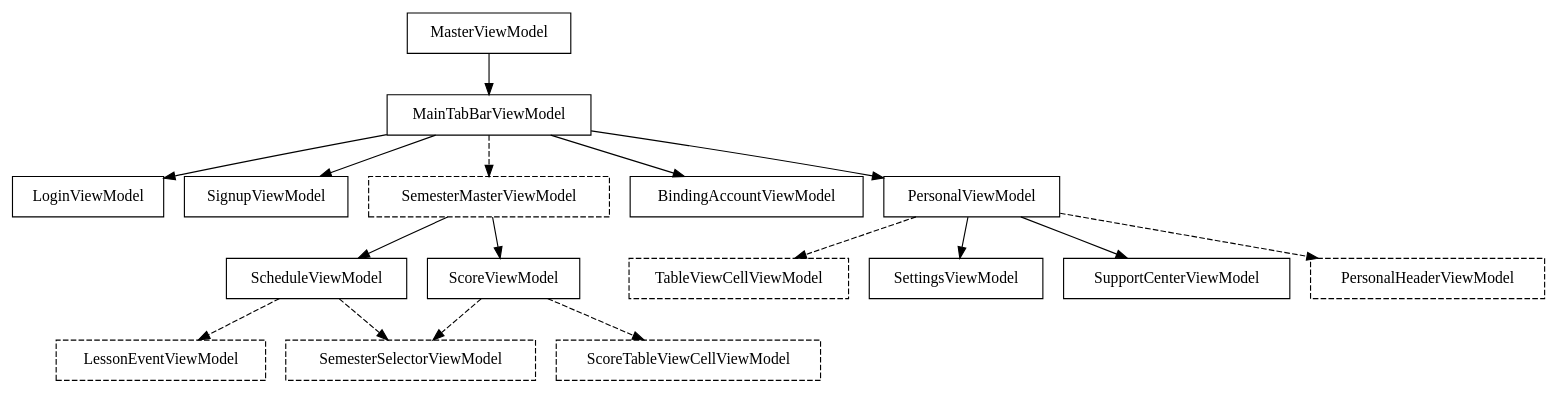
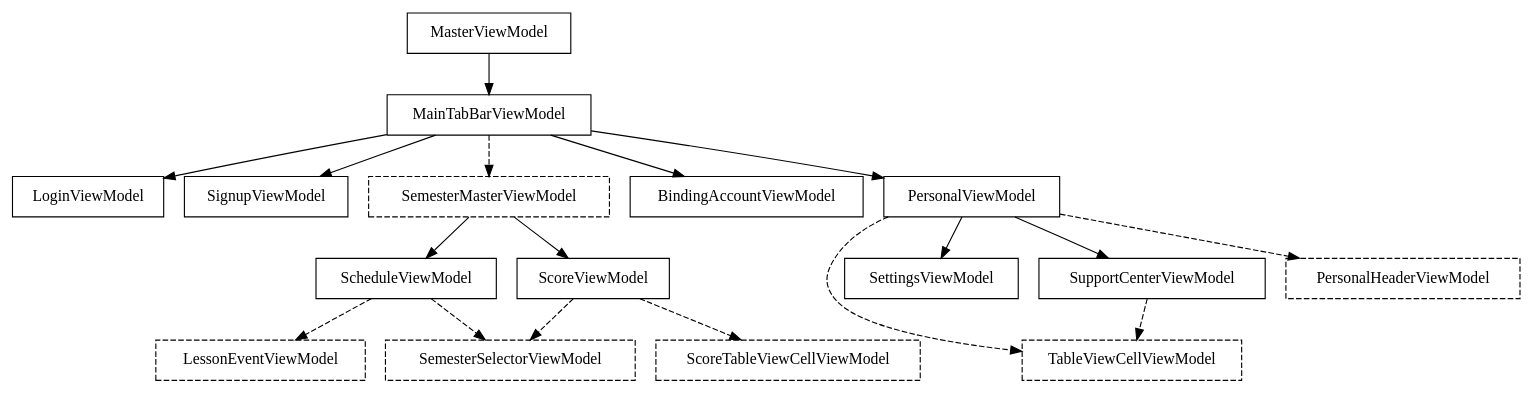
One commit to ty0x2333/XujcClient-iOS changed the diagram in Graphviz/ViewModel.dot. Above: the diagram before and after it, drawn with Graphviz.

Commit message:
M Graphviz VIewModel

```diff
--- a/Graphviz/ViewModel.dot
+++ b/Graphviz/ViewModel.dot
@@ -1,33 +1,35 @@
 digraph ViewModel{
 	node[shape = record];
 
 	MasterViewModel->MainTabBarViewModel;
 
 	MainTabBarViewModel->LoginViewModel;
 	MainTabBarViewModel->SignupViewModel;
 	MainTabBarViewModel->SemesterMasterViewModel[style = dashed];
 	MainTabBarViewModel->BindingAccountViewModel;
 	MainTabBarViewModel->PersonalViewModel;
 
 	SemesterMasterViewModel[style = dashed];
 	SemesterMasterViewModel->ScheduleViewModel;
 	SemesterMasterViewModel->ScoreViewModel;
 
 	ScheduleViewModel->LessonEventViewModel[style = dashed];
 	ScheduleViewModel->SemesterSelectorViewModel[style = dashed];
 	LessonEventViewModel[style = dashed];
 
 	ScoreViewModel->ScoreTableViewCellViewModel[style = dashed];
 	ScoreViewModel->SemesterSelectorViewModel[style = dashed];
 	ScoreTableViewCellViewModel[style = dashed];
 
 	SemesterSelectorViewModel[style = dashed];
 
 	TableViewCellViewModel[style = dashed];
 
 	PersonalViewModel->SettingsViewModel;
 	PersonalViewModel->SupportCenterViewModel;
 	PersonalViewModel->PersonalHeaderViewModel[style = dashed];
 	PersonalViewModel->TableViewCellViewModel[style = dashed];
 	PersonalHeaderViewModel[style = dashed];
+
+	SupportCenterViewModel->TableViewCellViewModel[style = dashed];
 }
```
